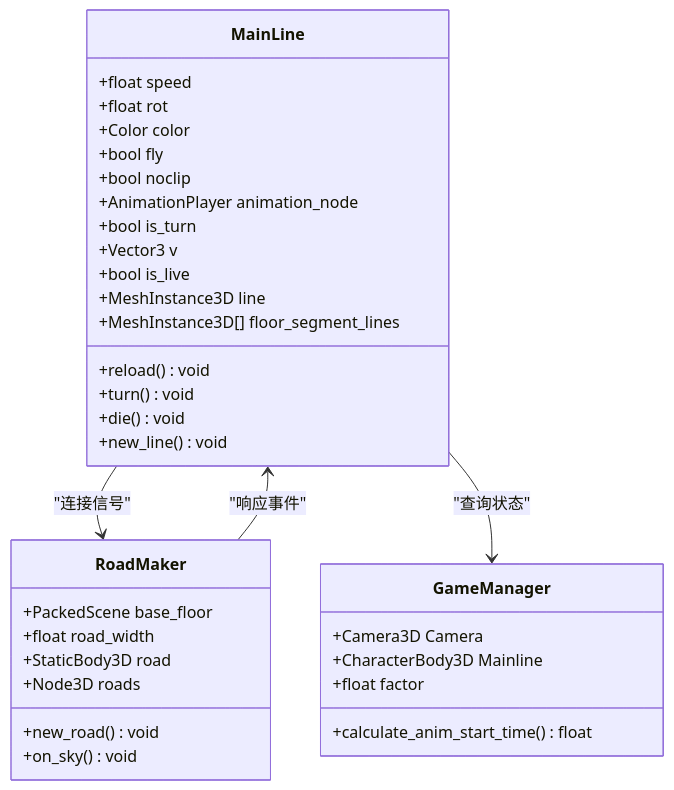
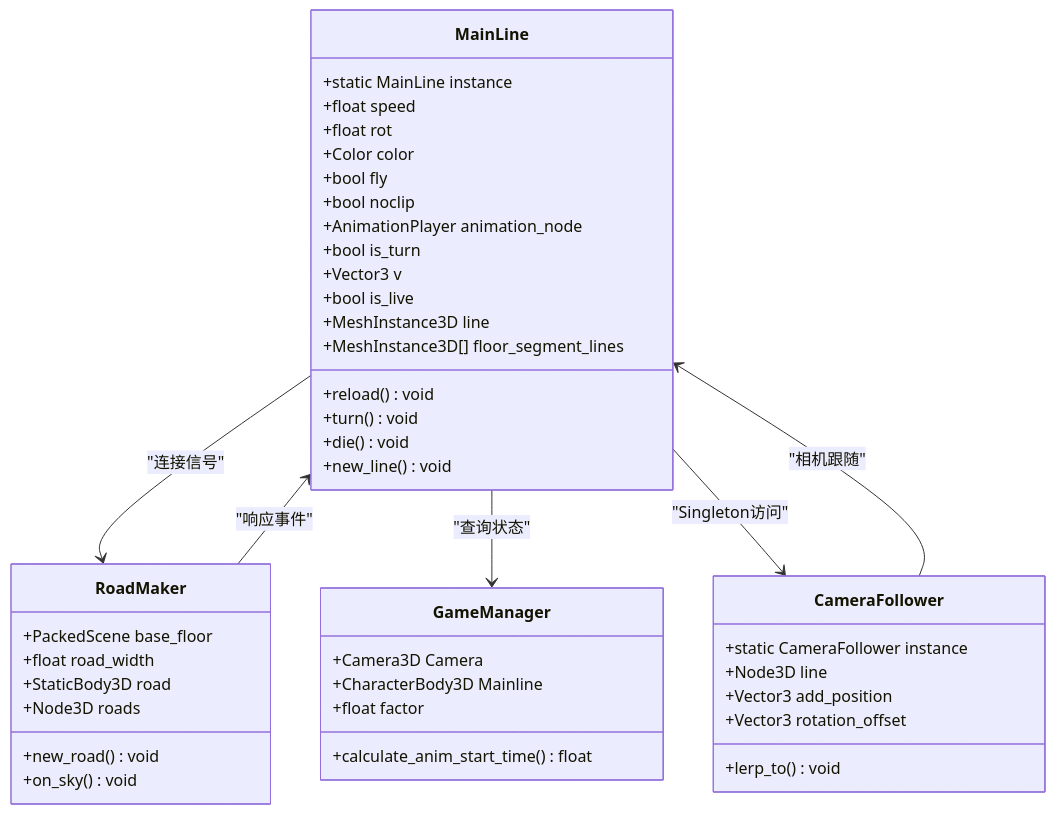
The third of 13 diagrams in .qoder/repowiki/zh/content/Mainline Script.md (godotline/godot-line), drawn with Mermaid before and after one commit. The commit also changed other lines of this file and 28 other files, not shown here.

````diff
--- a/.qoder/repowiki/zh/content/Mainline Script.md
+++ b/.qoder/repowiki/zh/content/Mainline Script.md
@@ -143,37 +168,47 @@
 ```mermaid
 classDiagram
 class MainLine {
++static MainLine instance
 +float speed
 +float rot
 +Color color
 +bool fly
 +bool noclip
 +AnimationPlayer animation_node
 +bool is_turn
 +Vector3 v
 +bool is_live
 +MeshInstance3D line
 +MeshInstance3D[] floor_segment_lines
 +reload() void
 +turn() void
 +die() void
 +new_line() void
 }
 class RoadMaker {
 +PackedScene base_floor
 +float road_width
 +StaticBody3D road
 +Node3D roads
 +new_road() void
 +on_sky() void
 }
 class GameManager {
 +Camera3D Camera
 +CharacterBody3D Mainline
 +float factor
 +calculate_anim_start_time() float
 }
+class CameraFollower {
++static CameraFollower instance
++Node3D line
++Vector3 add_position
++Vector3 rotation_offset
++lerp_to() void
+}
 MainLine --> RoadMaker : "连接信号"
 MainLine --> GameManager : "查询状态"
+MainLine --> CameraFollower : "Singleton访问"
 RoadMaker --> MainLine : "响应事件"
+CameraFollower --> MainLine : "相机跟随"
 ```
````
